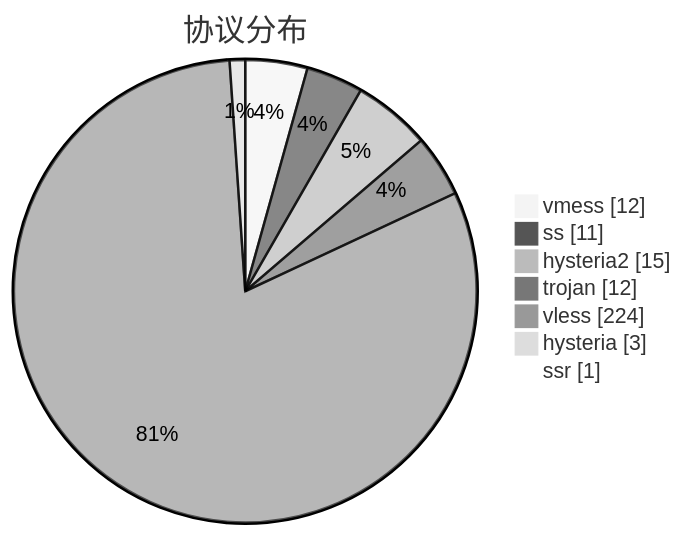
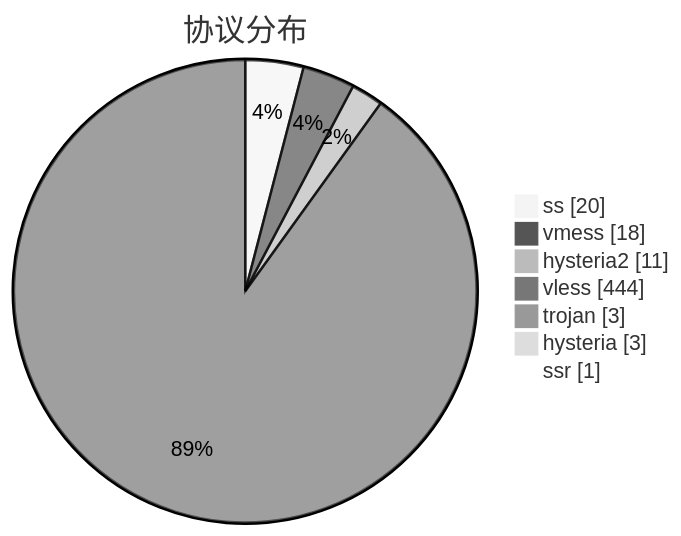
One commit to sinspired/airport changed the third of 3 diagrams in subs/statistics/tested_within.md. Above: the diagram before and after it, drawn with Mermaid (neutral theme). The commit also changed other lines of this file and 2 other files, not shown here.

````diff
--- a/subs/statistics/tested_within.md
+++ b/subs/statistics/tested_within.md
@@ -33,11 +40,11 @@
 ```mermaid
 pie showData
 title 协议分布
-"vmess" : 12
-"ss" : 11
-"hysteria2" : 15
-"trojan" : 12
-"vless" : 224
+"ss" : 20
+"vmess" : 18
+"hysteria2" : 11
+"vless" : 444
+"trojan" : 3
 "hysteria" : 3
 "ssr" : 1
 ```
````
